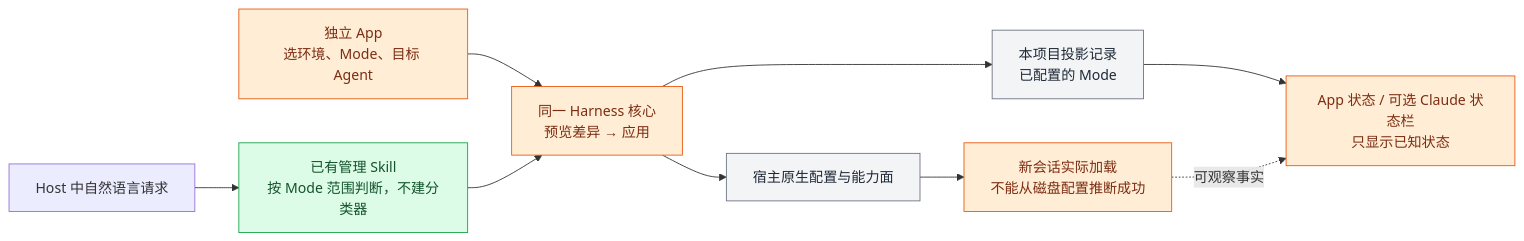
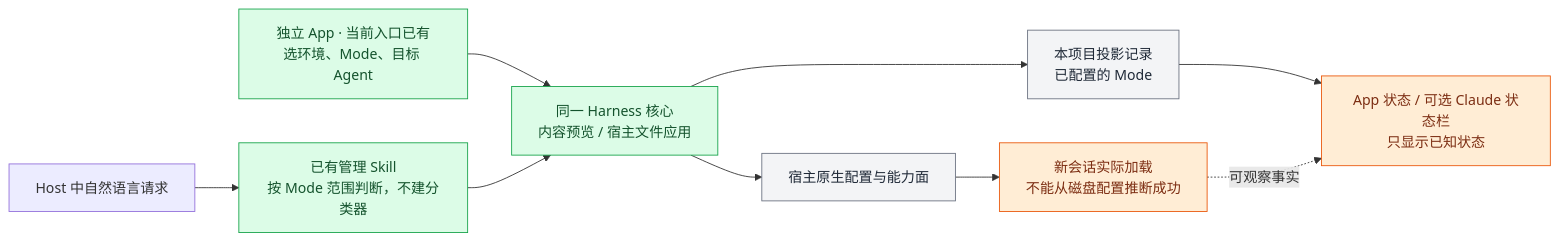
The eighth of 20 diagrams in docs/asl-architecture-views.md (qihangzhang-272/asl-harness), drawn with Mermaid before and after one commit. The commit also changed other lines of this file and 16 other files, not shown here.

````diff
--- a/docs/asl-architecture-views.md
+++ b/docs/asl-architecture-views.md
@@ -553,18 +572,18 @@
 ```mermaid
 flowchart LR
-    APP["独立 App<br/>选环境、Mode、目标 Agent"] --> APPLY["同一 Harness 核心<br/>预览差异 → 应用"]
+    APP["独立 App · 当前入口已有<br/>选环境、Mode、目标 Agent"] --> APPLY["同一 Harness 核心<br/>内容预览 / 宿主文件应用"]
     GOAL["Host 中自然语言请求"] --> STEWARD["已有管理 Skill<br/>按 Mode 范围判断，不建分类器"]
     STEWARD --> APPLY
     APPLY --> RECORD["本项目投影记录<br/>已配置的 Mode"]
     APPLY --> NATIVE["宿主原生配置与能力面"]
     RECORD --> BADGE["App 状态 / 可选 Claude 状态栏<br/>只显示已知状态"]
     NATIVE --> SESSION["新会话实际加载<br/>不能从磁盘配置推断成功"]
     SESSION -.可观察事实.-> BADGE
     classDef done fill:#dcfce7,stroke:#16a34a,color:#14532d;
     classDef pending fill:#ffedd5,stroke:#ea580c,color:#7c2d12;
     classDef generated fill:#f3f4f6,stroke:#6b7280,color:#1f2937;
-    class STEWARD done;
-    class APP,APPLY,BADGE,SESSION pending;
+    class STEWARD,APP,APPLY done;
+    class BADGE,SESSION pending;
     class RECORD,NATIVE generated;
 
 ```
````
